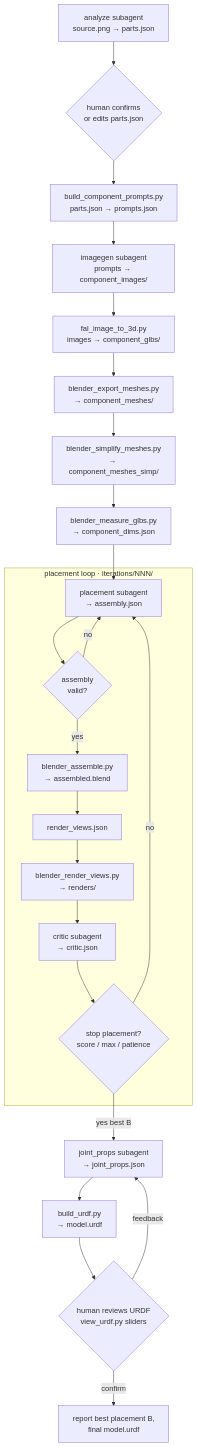
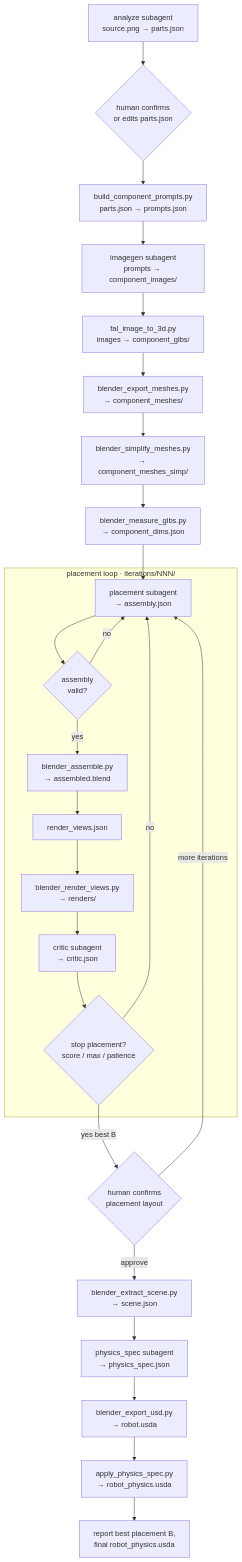
One commit to aakashvarma/dexter changed the diagram in README.md. Above: the diagram before and after it, drawn with Mermaid. The commit also changed other lines of this file and 18 other files, not shown here.

````diff
--- a/README.md
+++ b/README.md
@@ -10,29 +10,31 @@
 ```mermaid
 flowchart TD
     analyze["analyze subagent\nsource.png → parts.json"] --> gate{"human confirms\nor edits parts.json"}
     gate --> prompts["build_component_prompts.py\nparts.json → prompts.json"]
     prompts --> imagegen["imagegen subagent\nprompts → component_images/"]
     imagegen --> fal["fal_image_to_3d.py\nimages → component_glbs/"]
     fal --> export["blender_export_meshes.py\n→ component_meshes/"]
     export --> simplify["blender_simplify_meshes.py\n→ component_meshes_simp/"]
     simplify --> measure["blender_measure_glbs.py\n→ component_dims.json"]
 
     measure --> place["placement subagent\n→ assembly.json"]
 
     subgraph placeLoop ["placement loop  ·  iterations/NNN/"]
         place --> vplace{"assembly\nvalid?"}
         vplace -->|no| place
         vplace -->|yes| assemble["blender_assemble.py\n→ assembled.blend"]
         assemble --> renderplan["render_views.json"]
         renderplan --> render["blender_render_views.py\n→ renders/"]
         render --> critique["critic subagent\n→ critic.json"]
         critique --> decide{"stop placement?\nscore / max / patience"}
         decide -->|no| place
     end
 
-    decide -->|yes best B| jprops["joint_props subagent\n→ joint_props.json"]
-    jprops --> urdf["build_urdf.py\n→ model.urdf"]
-    urdf --> jgate{"human reviews URDF\nview_urdf.py sliders"}
-    jgate -->|feedback| jprops
-    jgate -->|confirm| done["report best placement B,\nfinal model.urdf"]
+    decide -->|yes best B| pgate{"human confirms\nplacement layout"}
+    pgate -->|approve| scene["blender_extract_scene.py\n→ scene.json"]
+    pgate -->|more iterations| place
+    scene --> pspec["physics_spec subagent\n→ physics_spec.json"]
+    pspec --> usd["blender_export_usd.py\n→ robot.usda"]
+    usd --> phys["apply_physics_spec.py\n→ robot_physics.usda"]
+    phys --> done["report best placement B,\nfinal robot_physics.usda"]
 ```
````
